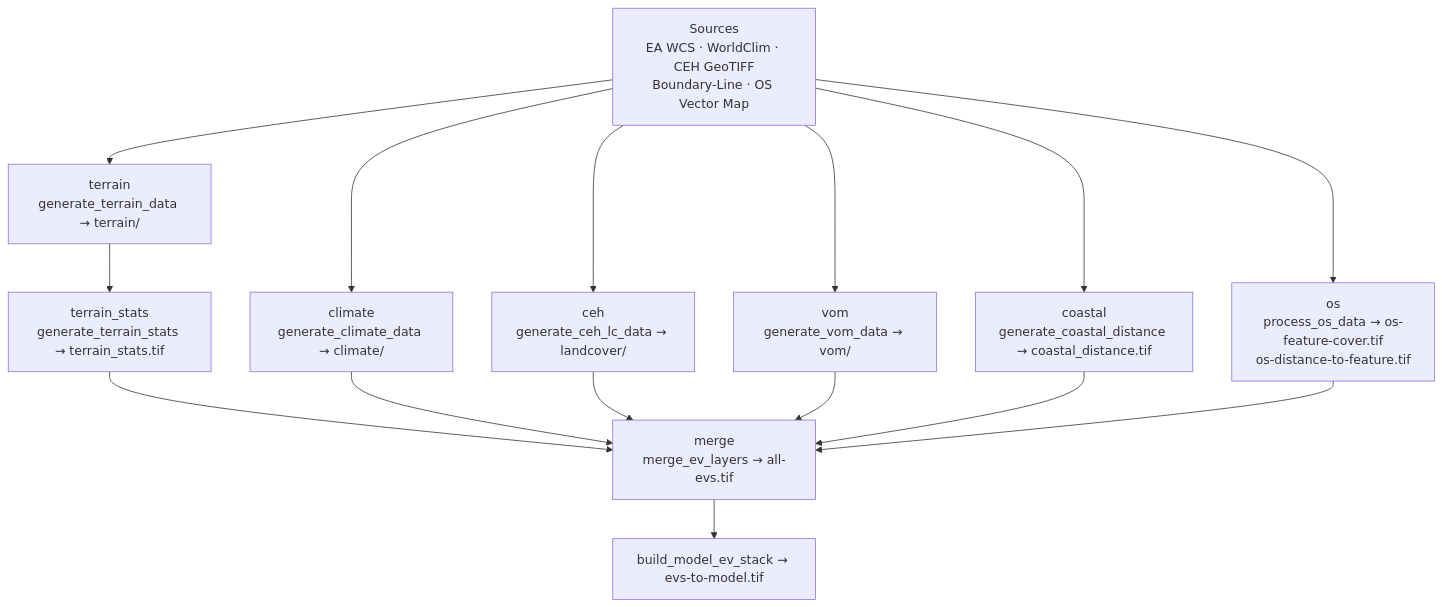
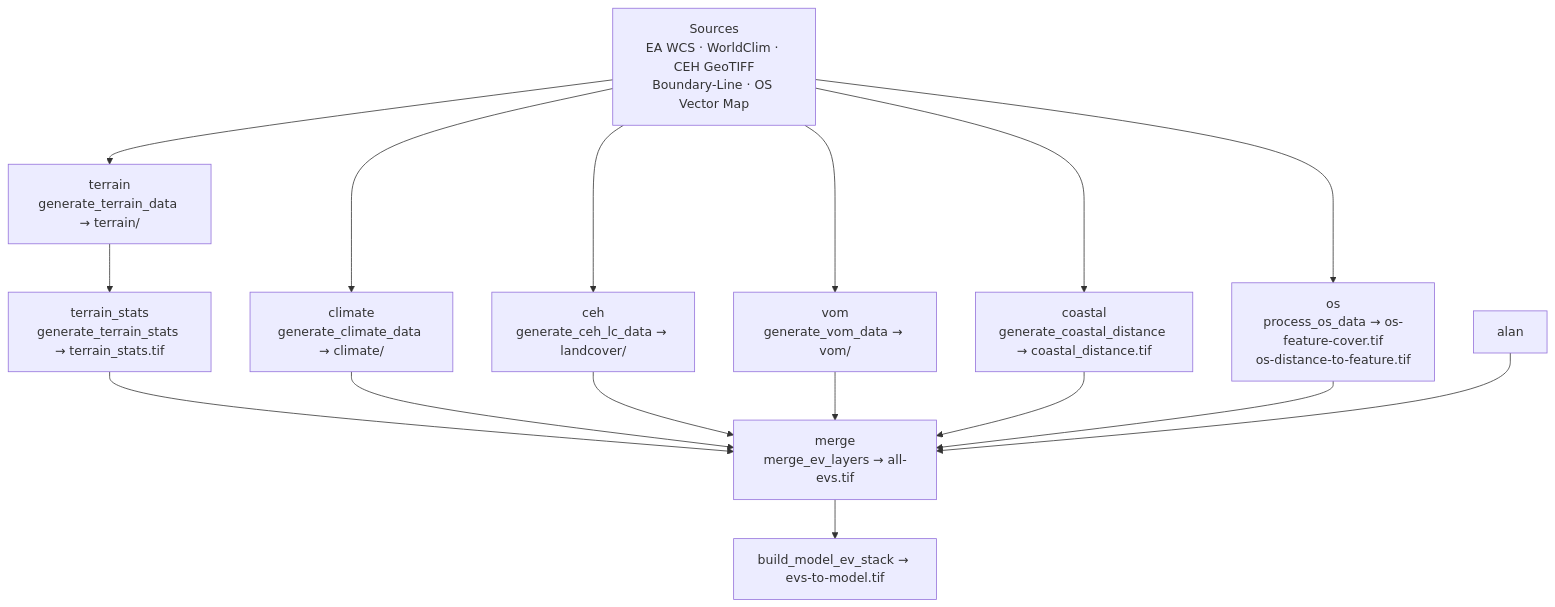
One commit to MatthewJWhittle/shefflied-bats changed the diagram in docs/rebuild-ev-layers.md. Above: the diagram before and after it, drawn with Mermaid. The commit also changed other lines of this file and 9 other files, not shown here.

````diff
--- a/docs/rebuild-ev-layers.md
+++ b/docs/rebuild-ev-layers.md
@@ -40,27 +40,28 @@
 ```mermaid
 flowchart TD
   sources["Sources<br/>EA WCS · WorldClim · CEH GeoTIFF<br/>Boundary-Line · OS Vector Map"]
   terrain["terrain<br/>generate_terrain_data → terrain/"]
   terrain_stats["terrain_stats<br/>generate_terrain_stats → terrain_stats.tif"]
   climate["climate<br/>generate_climate_data → climate/"]
   ceh["ceh<br/>generate_ceh_lc_data → landcover/"]
   vom["vom<br/>generate_vom_data → vom/"]
   coastal["coastal<br/>generate_coastal_distance → coastal_distance.tif"]
   os["os<br/>process_os_data → os-feature-cover.tif<br/>os-distance-to-feature.tif"]
   merge["merge<br/>merge_ev_layers → all-evs.tif"]
   stack["build_model_ev_stack → evs-to-model.tif"]
 
   sources --> terrain --> terrain_stats
   sources --> climate
   sources --> ceh
   sources --> vom
   sources --> coastal
   sources --> os
   terrain_stats --> merge
   climate --> merge
   ceh --> merge
   vom --> merge
   coastal --> merge
   os --> merge
+  alan --> merge
   merge --> stack
 ```
````
